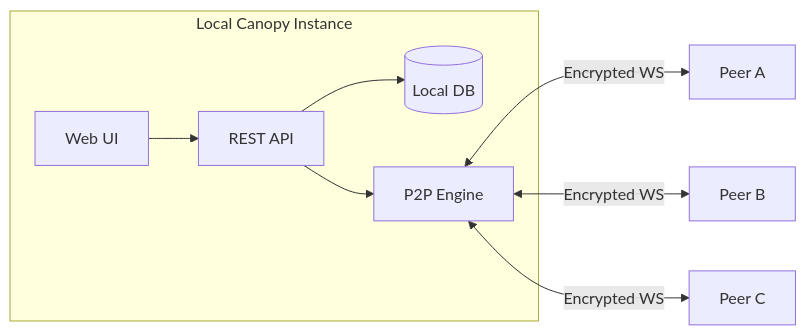
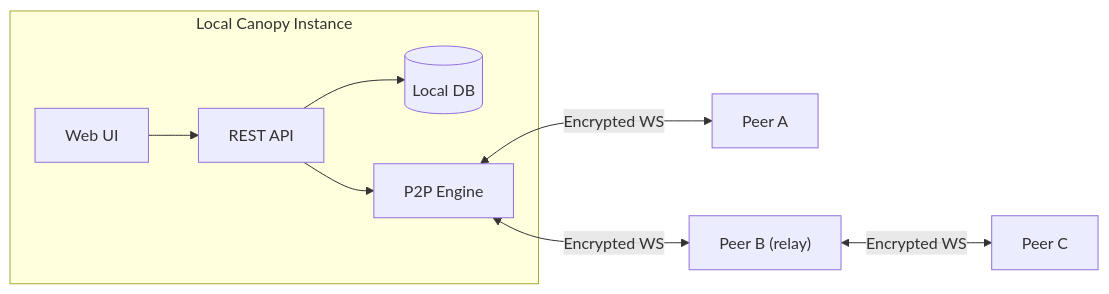
The diagram in README.md (hikmetgulsesli/Canopy), drawn with Mermaid before and after one commit. The commit also changed other lines of this file and 10 other files, not shown here.

````diff
--- a/README.md
+++ b/README.md
@@ -235,12 +142,12 @@
 ```mermaid
 flowchart LR
   subgraph local["Local Canopy Instance"]
     UI["Web UI"] --> API["REST API"]
     API --> DB[("Local DB")]
     API --> P2P["P2P Engine"]
   end
 
   P2P <-->|"Encrypted WS"| PeerA["Peer A"]
-  P2P <-->|"Encrypted WS"| PeerB["Peer B"]
-  P2P <-->|"Encrypted WS"| PeerC["Peer C"]
+  P2P <-->|"Encrypted WS"| PeerB["Peer B (relay)"]
+  PeerB <-->|"Encrypted WS"| PeerC["Peer C"]
 ```
````
